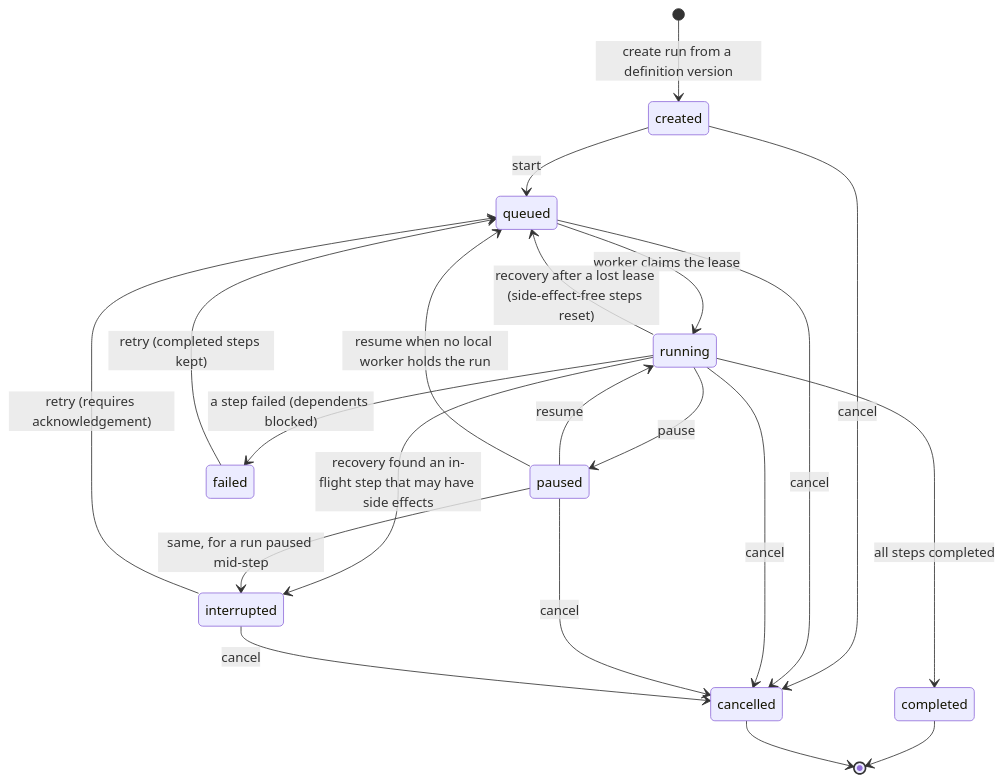
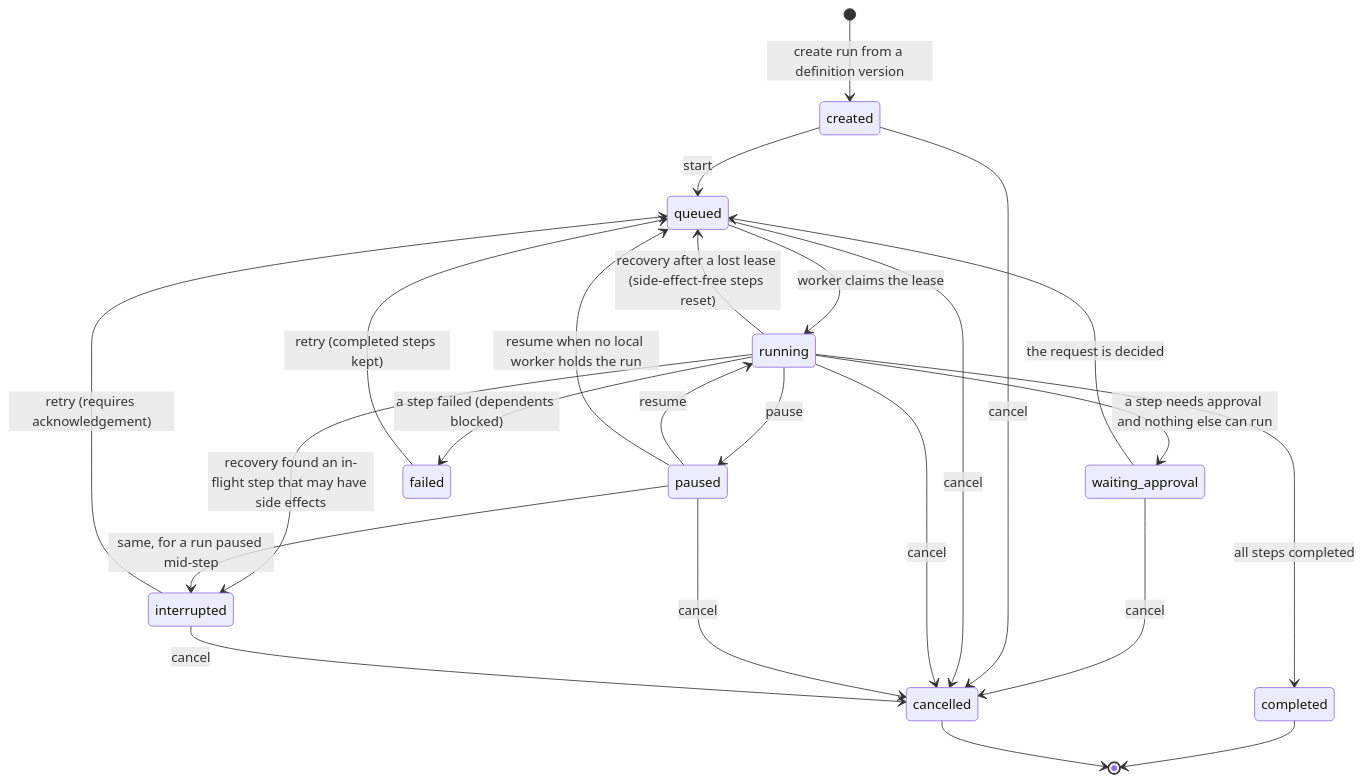
One commit to Yu-v-Raj/Genesis changed the second of 3 diagrams in README.md. Above: the diagram before and after it, drawn with Mermaid. The commit also changed other lines of this file and 88 other files, not shown here.

````diff
--- a/README.md
+++ b/README.md
@@ -379,23 +383,26 @@
 ```mermaid
 stateDiagram-v2
     [*] --> created: create run from a definition version
     created --> queued: start
     queued --> running: worker claims the lease
     running --> paused: pause
+    running --> waiting_approval: a step needs approval and nothing else can run
+    waiting_approval --> queued: the request is decided
+    waiting_approval --> cancelled: cancel
     paused --> running: resume
     paused --> queued: resume when no local worker holds the run
     running --> queued: recovery after a lost lease (side-effect-free steps reset)
     running --> completed: all steps completed
     running --> failed: a step failed (dependents blocked)
     running --> interrupted: recovery found an in-flight step that may have side effects
     paused --> interrupted: same, for a run paused mid-step
     failed --> queued: retry (completed steps kept)
     interrupted --> queued: retry (requires acknowledgement)
     created --> cancelled: cancel
     queued --> cancelled: cancel
     running --> cancelled: cancel
     paused --> cancelled: cancel
     interrupted --> cancelled: cancel
     completed --> [*]
     cancelled --> [*]
 ```
````
